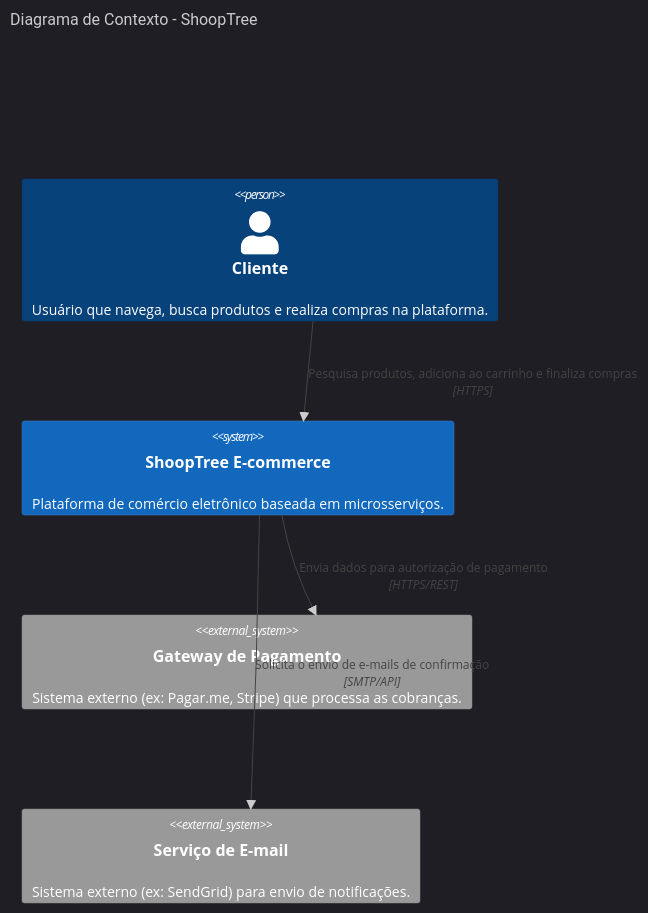
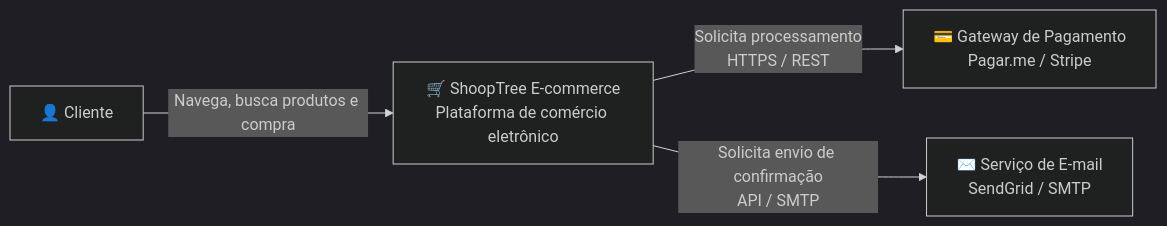
One commit to juanhenrique1306/shooptree-architecture changed the first of 2 diagrams in README.md. Above: the diagram before and after it, drawn with Mermaid (dark theme). The commit also changed other lines of this file, not shown here.

Commit message:
diagrama corrigido

````diff
--- a/README.md
+++ b/README.md
@@ -50,13 +51,17 @@
 ```mermaid
-C4Context
-  title Diagrama de Contexto - ShoopTree
-  
-  Person(cliente, "Cliente", "Usuário que navega, busca produtos e realiza compras na plataforma.")
-  System(shooptree, "ShoopTree E-commerce", "Plataforma de comércio eletrônico baseada em microsserviços.")
-  System_Ext(gateway, "Gateway de Pagamento", "Sistema externo (ex: Pagar.me, Stripe) que processa as cobranças.")
-  System_Ext(email, "Serviço de E-mail", "Sistema externo (ex: SendGrid) para envio de notificações.")
+flowchart LR
 
-  Rel(cliente, shooptree, "Pesquisa produtos, adiciona ao carrinho e finaliza compras", "HTTPS")
-  Rel(shooptree, gateway, "Envia dados para autorização de pagamento", "HTTPS/REST")
-  Rel(shooptree, email, "Solicita o envio de e-mails de confirmação", "SMTP/API")
+     Cliente["👤 Cliente"]
+
+    ShoopTree["🛒 ShoopTree E-commerce<br/>Plataforma de comércio eletrônico"]
+
+    Gateway["💳 Gateway de Pagamento<br/>Pagar.me / Stripe"]
+
+    Email["✉️ Serviço de E-mail<br/>SendGrid / SMTP"]
+
+    Cliente -->|"Navega, busca produtos e compra"| ShoopTree
+
+    ShoopTree -->|"Solicita processamento<br/>HTTPS / REST"| Gateway
+
+    ShoopTree -->|"Solicita envio de confirmação<br/>API / SMTP"| Email
 ```
````
